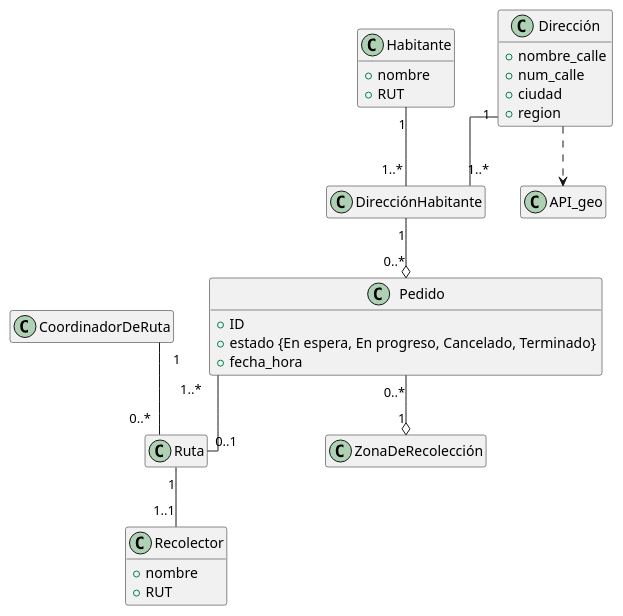
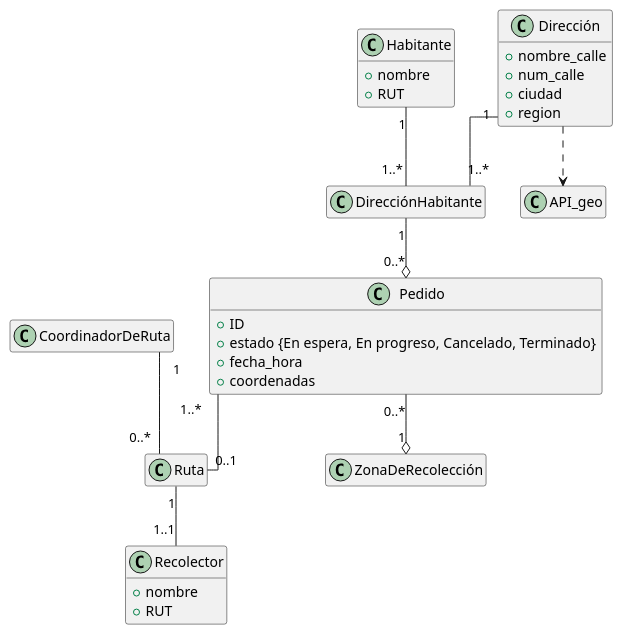
Before and after one commit to parlinhoo/ing-software1: the diagram in modelo_conceptual.puml, drawn with PlantUML.

Commit message:
add Variable coordenadas a Pedido

```diff
--- a/modelo_conceptual.puml
+++ b/modelo_conceptual.puml
@@ -1,46 +1,47 @@
 @startuml
 
 hide empty methods
 skinparam linetype ortho
 hide empty fields
 skinparam legendBackgroundColor #ffffff
 
 
 class Habitante {
     + nombre
     + RUT
 }            
 class Dirección {
     + nombre_calle
     + num_calle
     + ciudad
     + region
 }
 
 class DirecciónHabitante                
 class API_geo
 class Pedido {
     + ID
     + estado {En espera, En progreso, Cancelado, Terminado}
     + fecha_hora
+    + coordenadas
 }
 class Ruta
 class Recolector {
     + nombre
     + RUT
 }
 class CoordinadorDeRuta
 class ZonaDeRecolección
 
 Habitante "1" -- "1..*" DirecciónHabitante
 
 Dirección "1" -- "1..*" DirecciónHabitante
 
 DirecciónHabitante "1" --o "0..*" Pedido
 
 Dirección ..> API_geo
 Pedido "1..*" -- "0..1" Ruta
 Ruta "1" -- "1..1" Recolector
 CoordinadorDeRuta "1" -- "0..*" Ruta
 Pedido "0..*" --o "1" ZonaDeRecolección
 @enduml
```
